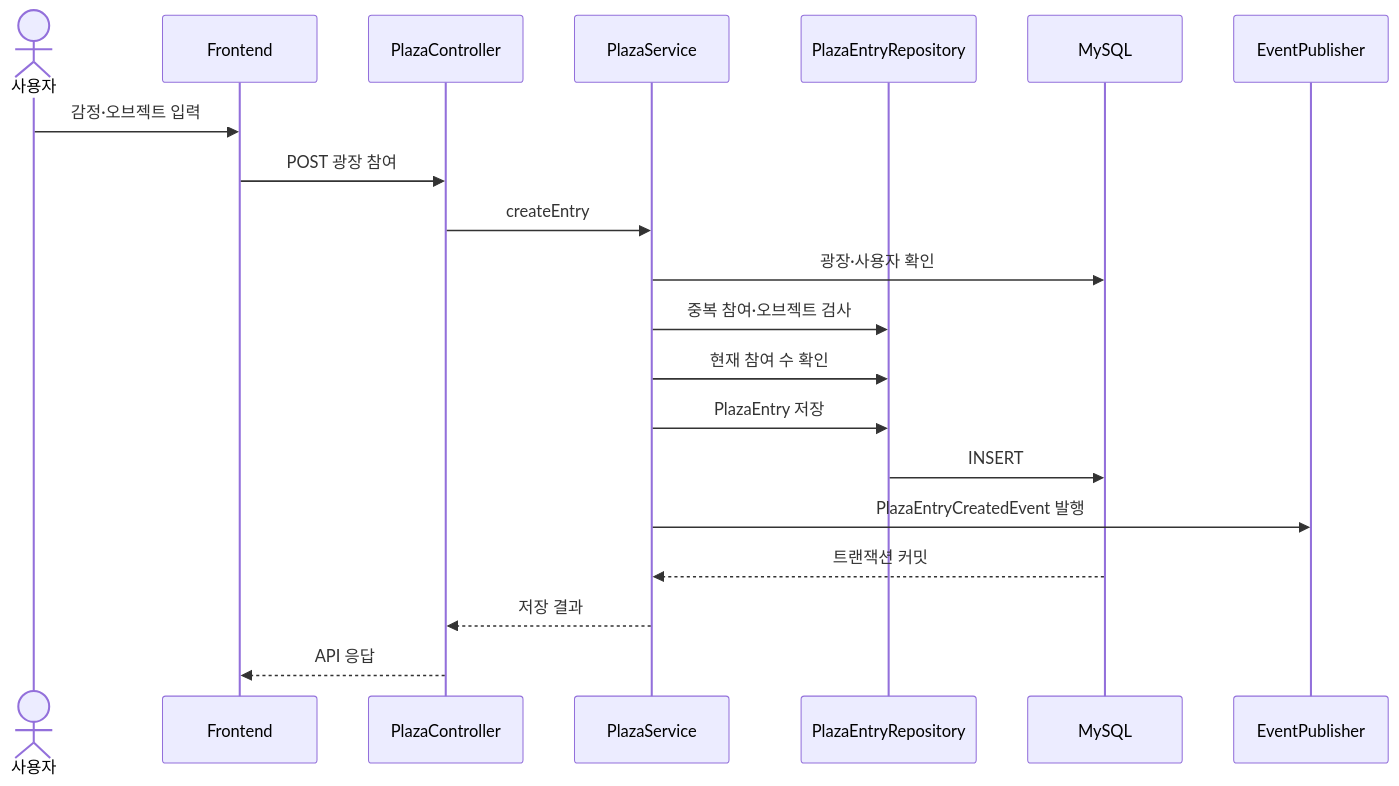
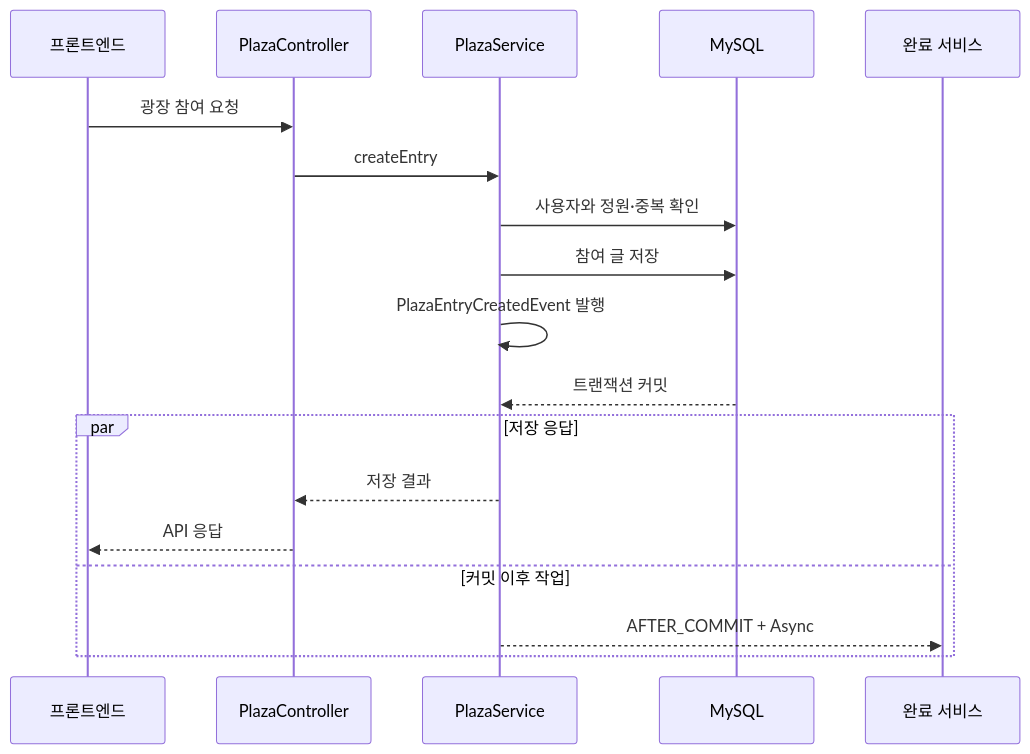
One commit to junyeong2107/weather-of-the-heart-portfolio changed the fifth of 9 diagrams in docs/ARCHITECTURE.md. Above: the diagram before and after it, drawn with Mermaid. The commit also changed other lines of this file and 5 other files, not shown here.

````diff
--- a/docs/ARCHITECTURE.md
+++ b/docs/ARCHITECTURE.md
@@ -169,23 +170,20 @@
 ```mermaid
 sequenceDiagram
-    actor User as 사용자
-    participant FE as Frontend
+    participant FE as 프론트엔드
     participant PC as PlazaController
     participant PS as PlazaService
-    participant PR as PlazaEntryRepository
     participant DB as MySQL
-    participant EP as EventPublisher
-
-    User->>FE: 감정·오브젝트 입력
-    FE->>PC: POST 광장 참여
+    participant PCS as 완료 서비스
+    FE->>PC: 광장 참여 요청
     PC->>PS: createEntry
-    PS->>DB: 광장·사용자 확인
-    PS->>PR: 중복 참여·오브젝트 검사
-    PS->>PR: 현재 참여 수 확인
-    PS->>PR: PlazaEntry 저장
-    PR->>DB: INSERT
-    PS->>EP: PlazaEntryCreatedEvent 발행
+    PS->>DB: 사용자와 정원·중복 확인
+    PS->>DB: 참여 글 저장
+    PS->>PS: PlazaEntryCreatedEvent 발행
     DB-->>PS: 트랜잭션 커밋
-    PS-->>PC: 저장 결과
-    PC-->>FE: API 응답
+    par 저장 응답
+        PS-->>PC: 저장 결과
+        PC-->>FE: API 응답
+    and 커밋 이후 작업
+        PS-->>PCS: AFTER_COMMIT + Async
+    end
 ```
````
